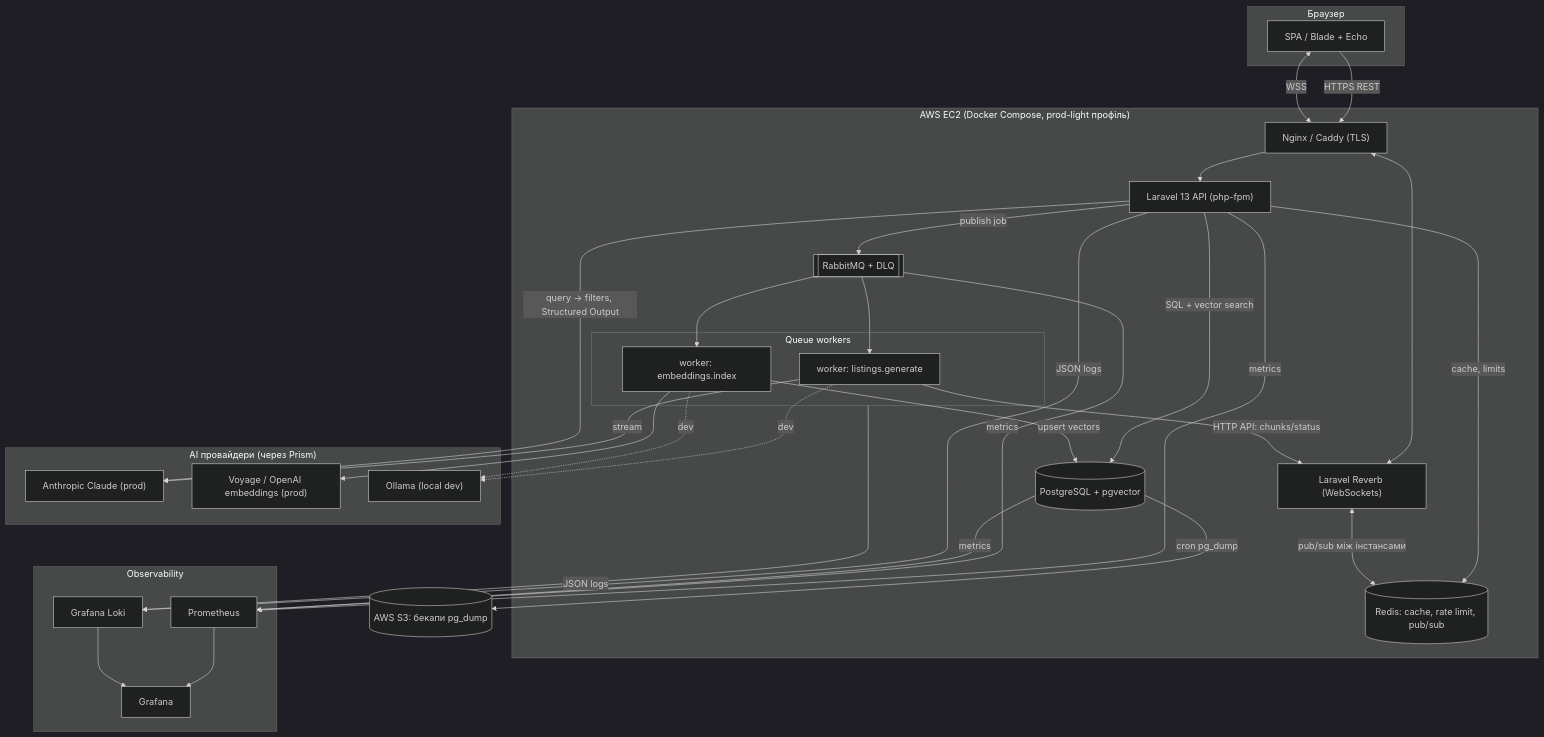
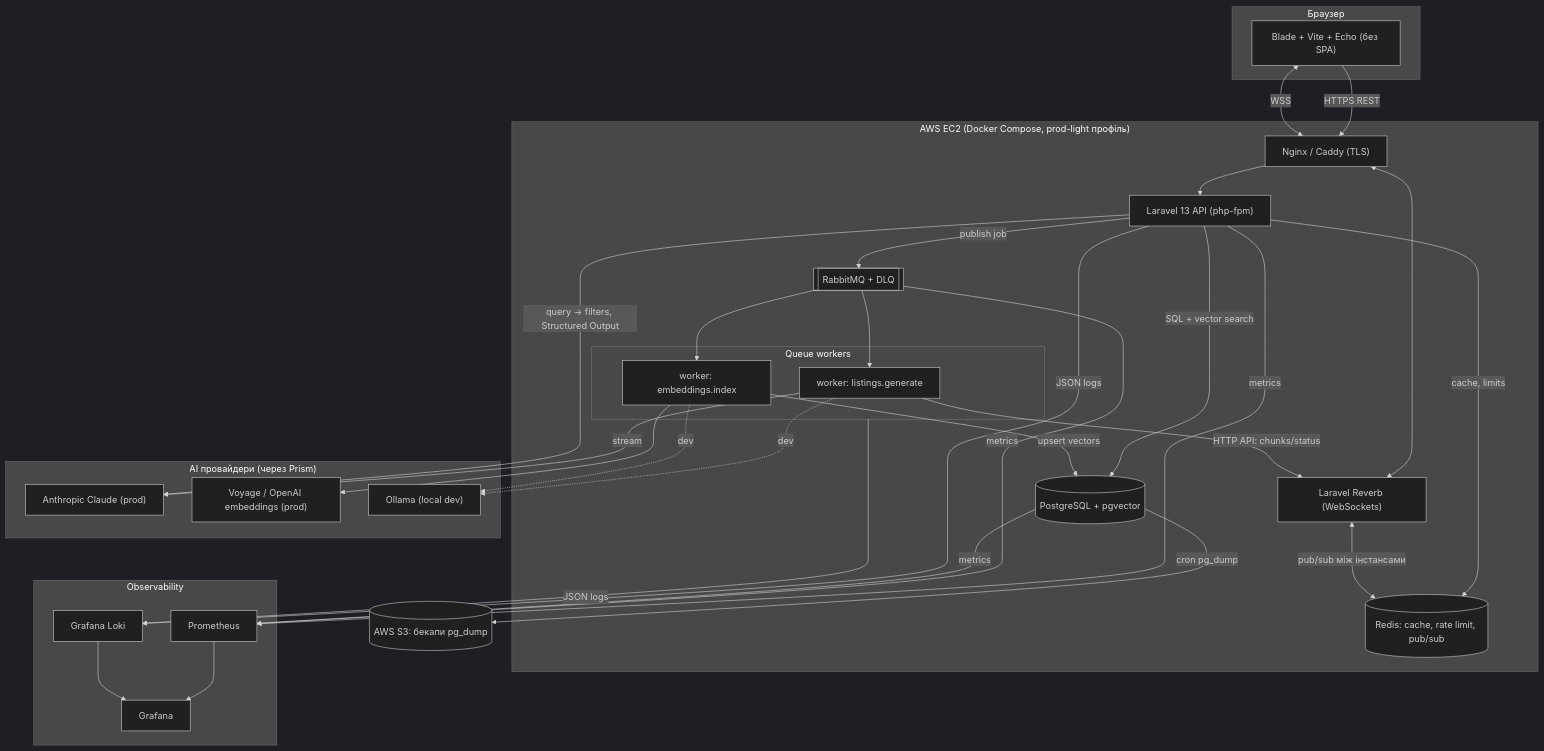
Before and after one commit to Vitaliy070516/dwellio: the diagram in docs/architecture.md, drawn with Mermaid (dark theme). The commit also changed other lines of this file and 1 other file, not shown here.

````diff
--- a/docs/architecture.md
+++ b/docs/architecture.md
@@ -21,51 +21,51 @@
 ```mermaid
 flowchart TB
    subgraph Client["Браузер"]
-       UI["SPA / Blade + Echo"]
+       UI["Blade + Vite + Echo (без SPA)"]
    end
  
    subgraph EC2["AWS EC2 (Docker Compose, prod-light профіль)"]
        NGINX["Nginx / Caddy (TLS)"]
        API["Laravel 13 API (php-fpm)"]
        REVERB["Laravel Reverb (WebSockets)"]
        subgraph Workers["Queue workers"]
            WGEN["worker: listings.generate"]
            WEMB["worker: embeddings.index"]
        end
        PG[("PostgreSQL + pgvector")]
        REDIS[("Redis: cache, rate limit, pub/sub")]
        RMQ[["RabbitMQ + DLQ"]]
    end
  
    subgraph AI["AI провайдери (через Prism)"]
        ANTH["Anthropic Claude (prod)"]
        EMB["Voyage / OpenAI embeddings (prod)"]
        OLLAMA["Ollama (local dev)"]
    end
  
    subgraph Obs["Observability"]
        PROM["Prometheus"]
        LOKI["Grafana Loki"]
        GRAF["Grafana"]
    end
  
    S3[("AWS S3: бекапи pg_dump")]
  
    UI -->|HTTPS REST| NGINX --> API
    UI <-->|WSS| NGINX <--> REVERB
    API -->|SQL + vector search| PG
    API -->|cache, limits| REDIS
    API -->|publish job| RMQ
    RMQ --> WGEN & WEMB
    WGEN -->|stream| ANTH
    WEMB --> EMB
    WGEN & WEMB -.dev.-> OLLAMA
    WGEN -->|HTTP API: chunks/status| REVERB
    REVERB <-->|pub/sub між інстансами| REDIS
    WEMB -->|upsert vectors| PG
    API -->|query → filters, Structured Output| ANTH
    PG -->|cron pg_dump| S3
    API & Workers -->|JSON logs| LOKI
    API & RMQ & PG -->|metrics| PROM
    PROM & LOKI --> GRAF
 ```
````
